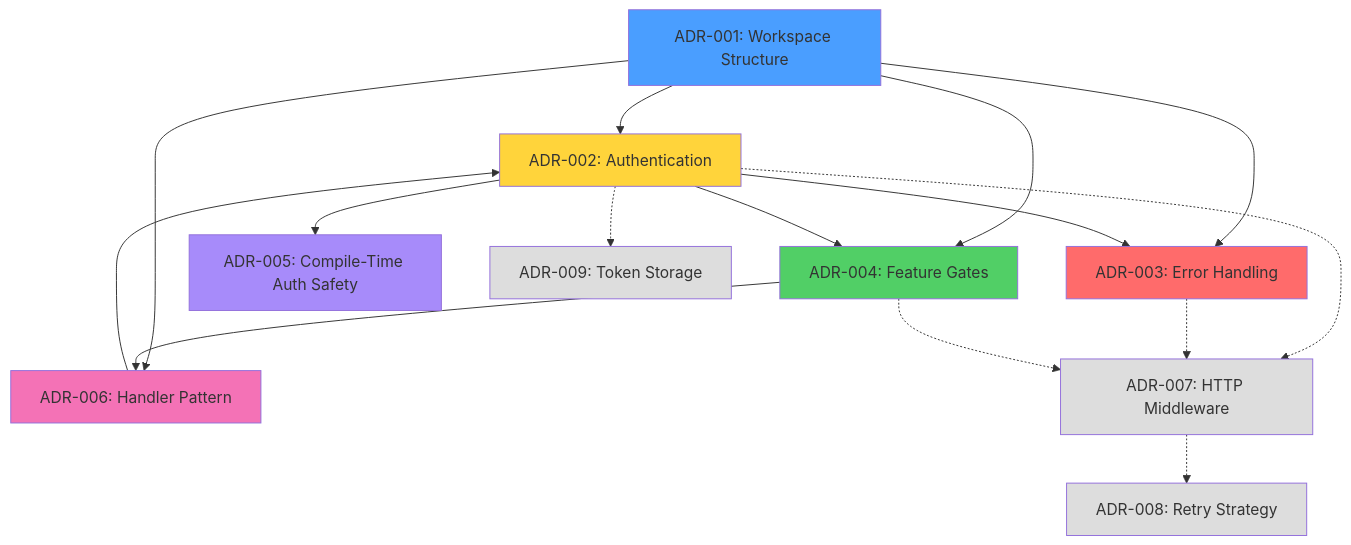
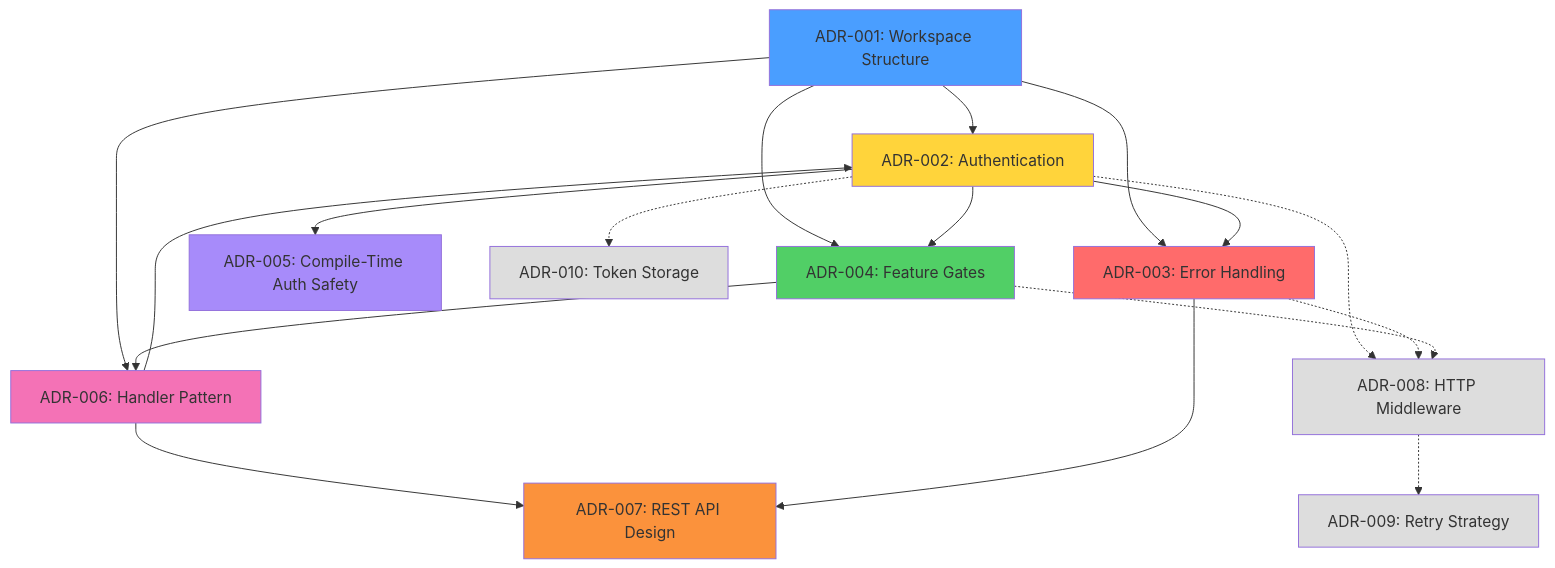
The diagram in docs/adr/README.md (madmax983/force-rs), drawn with Mermaid before and after one commit. The commit also changed other lines of this file and 25 other files, not shown here.

First line of the commit message:
feat: Complete Phase 2 - REST API implementation with full TDD

````diff
--- a/docs/adr/README.md
+++ b/docs/adr/README.md
@@ -73,31 +74,34 @@
 ```mermaid
 graph TD
     ADR001[ADR-001: Workspace Structure] --> ADR002[ADR-002: Authentication]
     ADR001 --> ADR003[ADR-003: Error Handling]
     ADR001 --> ADR004[ADR-004: Feature Gates]
     ADR001 --> ADR006[ADR-006: Handler Pattern]
 
     ADR002 --> ADR003
     ADR002 --> ADR004
     ADR002 --> ADR005[ADR-005: Compile-Time Auth Safety]
 
     ADR004 --> ADR006
     ADR006 --> ADR002
+    ADR006 --> ADR007[ADR-007: REST API Design]
+    ADR003 --> ADR007
 
-    ADR002 -.-> ADR007[ADR-007: HTTP Middleware]
-    ADR003 -.-> ADR007
-    ADR004 -.-> ADR007
+    ADR002 -.-> ADR008[ADR-008: HTTP Middleware]
+    ADR003 -.-> ADR008
+    ADR004 -.-> ADR008
 
-    ADR002 -.-> ADR009[ADR-009: Token Storage]
-    ADR007 -.-> ADR008[ADR-008: Retry Strategy]
+    ADR002 -.-> ADR010[ADR-010: Token Storage]
+    ADR008 -.-> ADR009[ADR-009: Retry Strategy]
 
     style ADR001 fill:#4a9eff
     style ADR002 fill:#ffd43b
     style ADR003 fill:#ff6b6b
     style ADR004 fill:#51cf66
     style ADR005 fill:#a78bfa
     style ADR006 fill:#f472b6
-    style ADR007 fill:#ddd
+    style ADR007 fill:#fb923c
     style ADR008 fill:#ddd
     style ADR009 fill:#ddd
+    style ADR010 fill:#ddd
 ```
````
